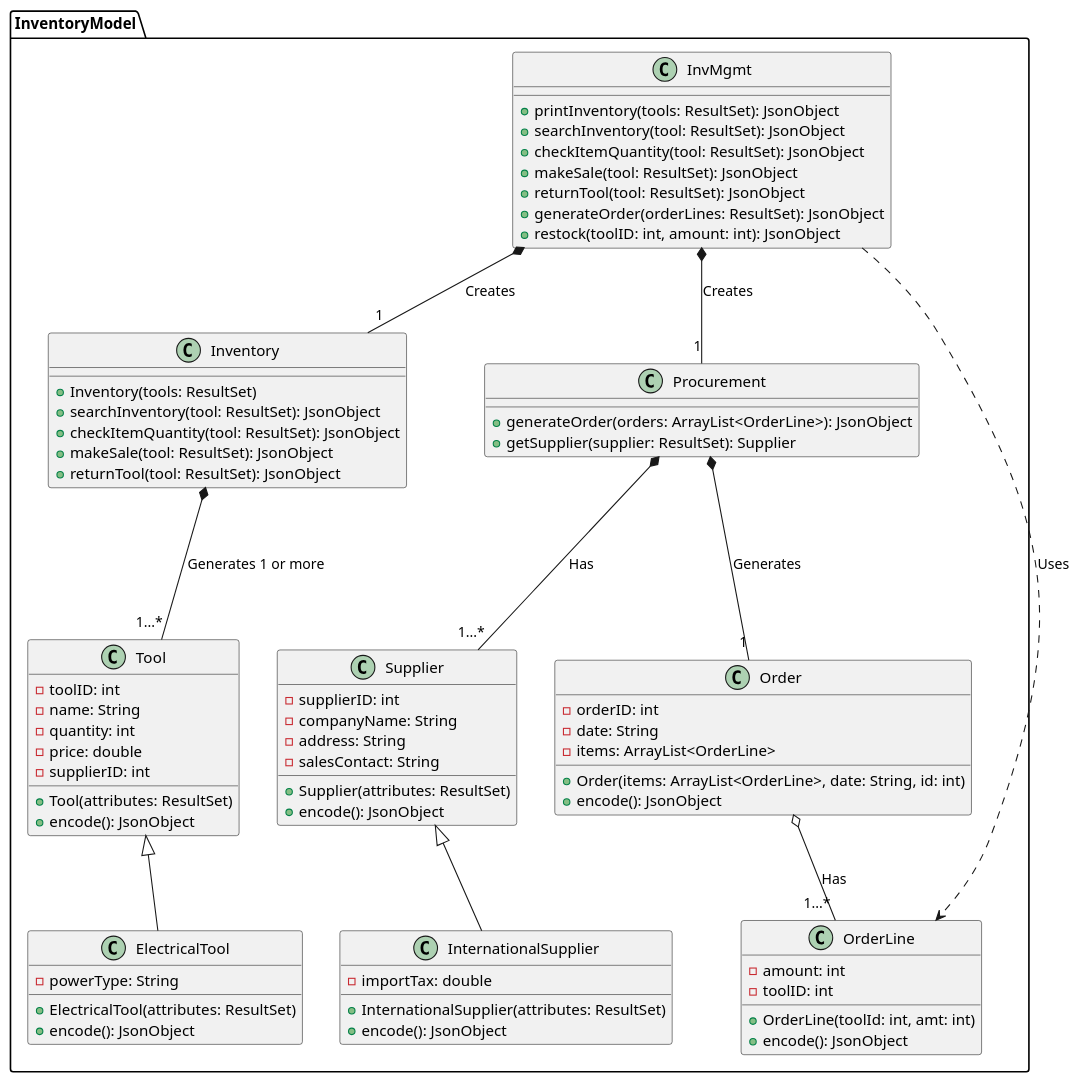
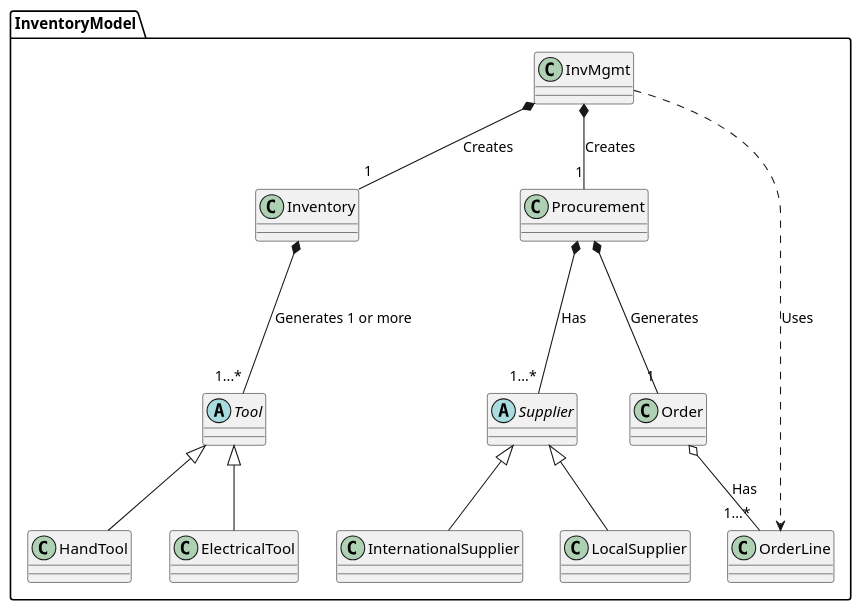
Before and after one commit to mklasby/MVC-Distributed-Inventory-Management: the diagram in UML Models/InventoryModel.md, drawn with PlantUML. The commit also changed 9 other files, not shown here.

Commit message:
final uml changes

```diff
--- a/UML Models/InventoryModel.md
+++ b/UML Models/InventoryModel.md
@@ -2,77 +2,42 @@
 
 package InventoryModel{
 class InvMgmt{
-    +printInventory(tools: ResultSet): JsonObject
-    +searchInventory(tool: ResultSet): JsonObject
-    +checkItemQuantity(tool: ResultSet): JsonObject
-    +makeSale(tool: ResultSet): JsonObject
-    +returnTool(tool: ResultSet): JsonObject
-    +generateOrder(orderLines: ResultSet): JsonObject
-    +restock(toolID: int, amount: int): JsonObject
 }
 
 class Inventory{
-    +Inventory(tools: ResultSet)
-    +searchInventory(tool: ResultSet): JsonObject
-    +checkItemQuantity(tool: ResultSet): JsonObject
-    +makeSale(tool: ResultSet): JsonObject
-    +returnTool(tool: ResultSet): JsonObject
 }
 
-class Tool{
-    -toolID: int
-    -name: String
-    -quantity: int
-    -price: double
-    -supplierID: int
+abstract class Tool{
+}
 
-    +Tool(attributes: ResultSet)
-    +encode(): JsonObject
+class HandTool extends Tool{
+    
 }
 
 class ElectricalTool extends Tool{
-    -powerType: String
-    +ElectricalTool(attributes: ResultSet)
-    +encode(): JsonObject
 
 }
 
 class Procurement {
-    +generateOrder(orders: ArrayList<OrderLine>): JsonObject
-    +getSupplier(supplier: ResultSet): Supplier
+
 }
 
-class Supplier{
-    -supplierID: int
-    -companyName: String
-    -address: String
-    -salesContact: String
-
-    +Supplier(attributes: ResultSet)
-    +encode(): JsonObject
+abstract class Supplier{
 }
 
 class InternationalSupplier extends Supplier{
-    -importTax: double
-    +InternationalSupplier(attributes: ResultSet)
-    +encode(): JsonObject
+
+}
+
+class LocalSupplier extends Supplier{
 
 }
 
 
 class Order{
-    -orderID: int
-    -date: String
-    -items: ArrayList<OrderLine>
-    +Order(items: ArrayList<OrderLine>, date: String, id: int)
-    +encode(): JsonObject
 }
 
 class OrderLine{
-    -amount: int
-    -toolID: int
-    +OrderLine(toolId: int, amt: int)
-    +encode(): JsonObject
 }
 
 
```
